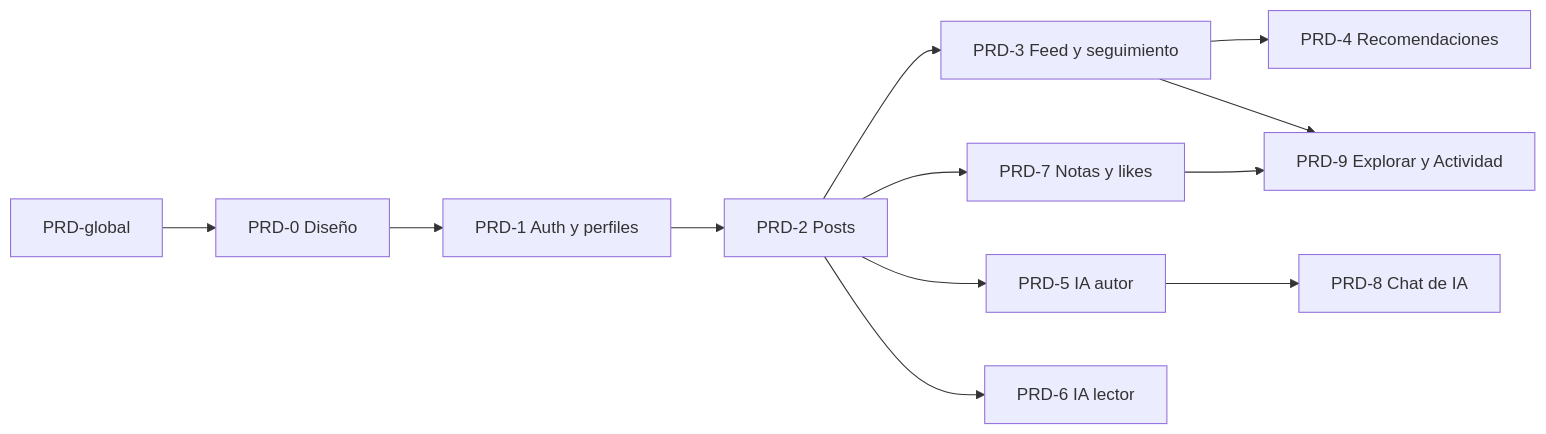
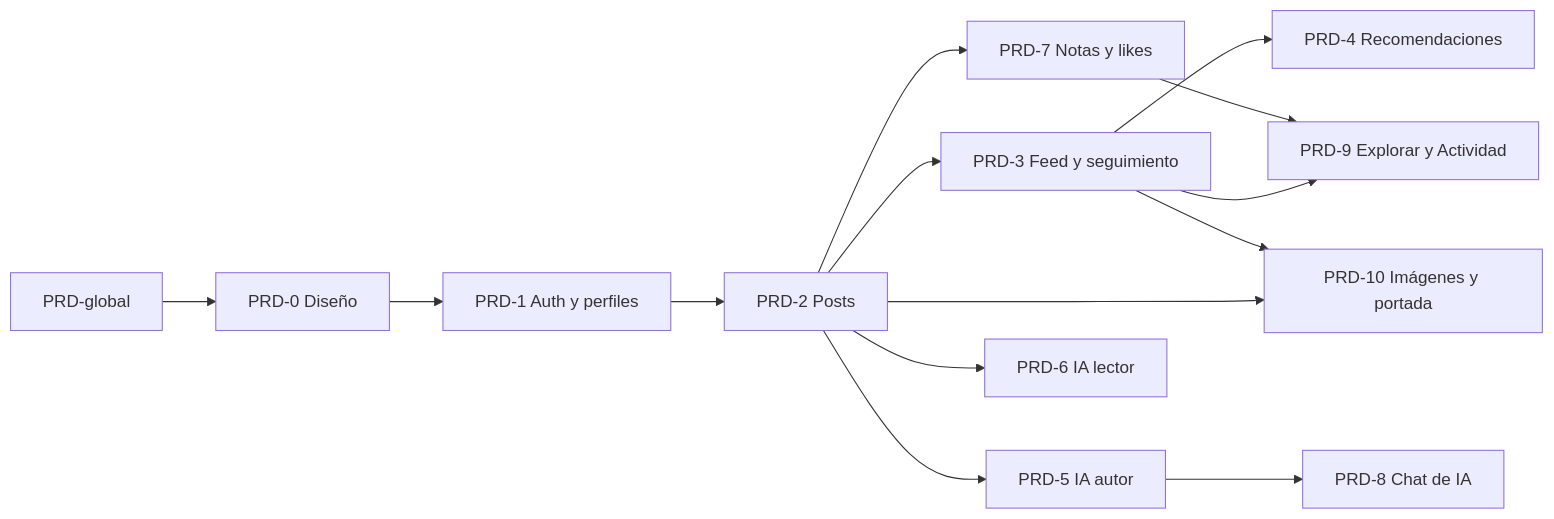
The diagram in docs/prds/README.md (dylan-tovar/blog-ia), drawn with Mermaid before and after one commit. The commit also changed other lines of this file and 4 other files, not shown here.

````diff
--- a/docs/prds/README.md
+++ b/docs/prds/README.md
@@ -52,14 +54,16 @@
 ```mermaid
 flowchart LR
   G[PRD-global] --> P0[PRD-0 Diseño]
   P0 --> P1[PRD-1 Auth y perfiles]
   P1 --> P2[PRD-2 Posts]
   P2 --> P3[PRD-3 Feed y seguimiento]
   P3 --> P4[PRD-4 Recomendaciones]
   P2 --> P7[PRD-7 Notas y likes]
   P2 --> P5[PRD-5 IA autor]
   P2 --> P6[PRD-6 IA lector]
   P5 --> P8[PRD-8 Chat de IA]
   P3 --> P9[PRD-9 Explorar y Actividad]
   P7 --> P9
+  P2 --> P10[PRD-10 Imágenes y portada]
+  P3 --> P10
 ```
````
